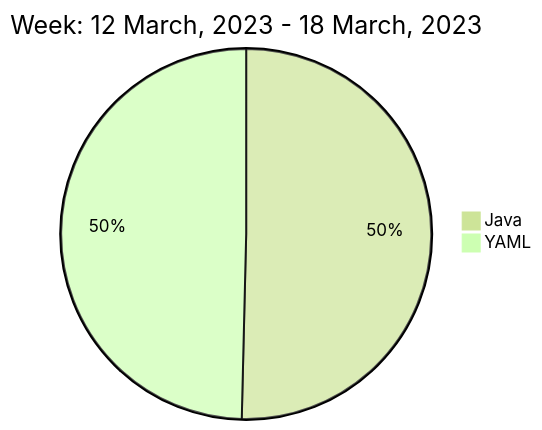
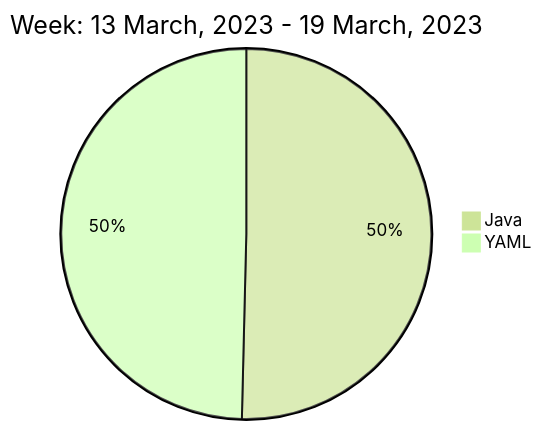
Before and after one commit to liubin95/liubin95: the diagram in README.md, drawn with Mermaid (forest theme).

Commit message:
Updated the Graph with new Metrics

````diff
--- a/README.md
+++ b/README.md
@@ -40,6 +40,6 @@
 ```mermaid
  pie
-title Week: 12 March, 2023 - 18 March, 2023
+title Week: 13 March, 2023 - 19 March, 2023
  "Java" : 3.3
  "YAML" : 3.25
 ```
````
